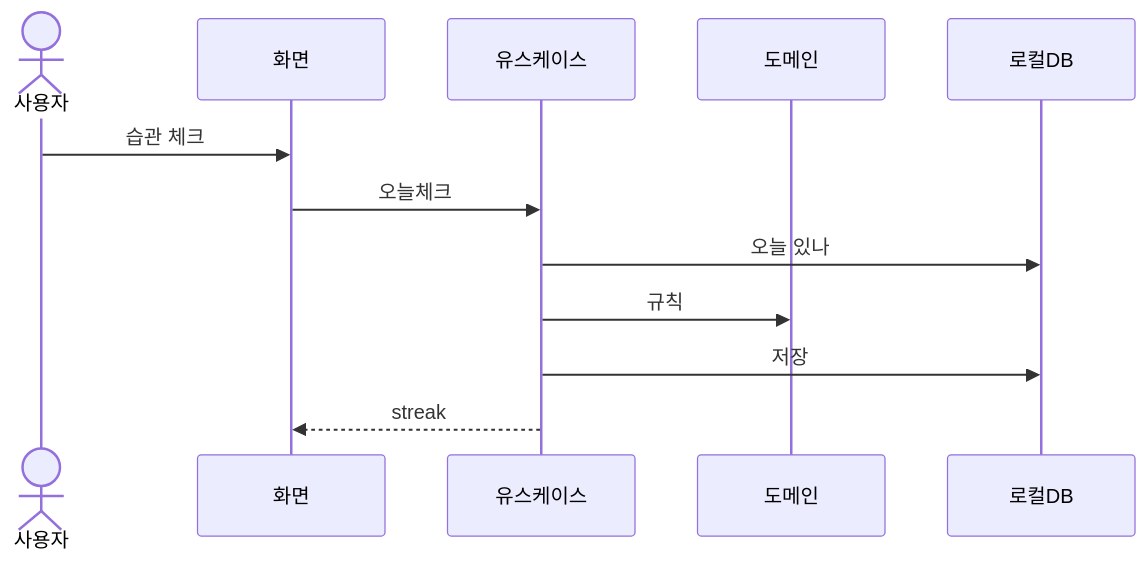
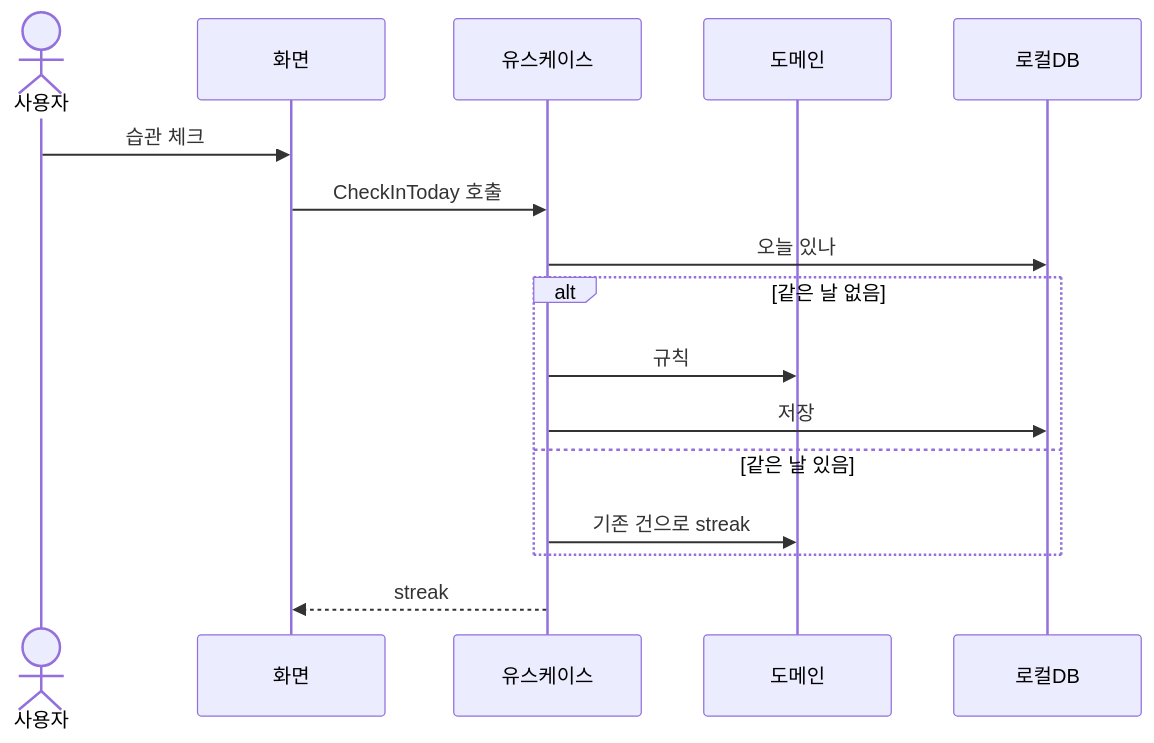
One commit to jeseokmun/dev-docs-rules changed the second of 2 diagrams in demo-docs/DEV-30-구조명세서.md. Above: the diagram before and after it, drawn with Mermaid. The commit also changed other lines of this file and 129 other files, not shown here.

````diff
--- a/demo-docs/DEV-30-구조명세서.md
+++ b/demo-docs/DEV-30-구조명세서.md
@@ -57,14 +65,18 @@
 ```mermaid
 sequenceDiagram
   actor 사용자
   participant 화면
   participant 유스케이스
   participant 도메인
   participant 로컬DB
   사용자->>화면: 습관 체크
-  화면->>유스케이스: 오늘체크
+  화면->>유스케이스: CheckInToday 호출
   유스케이스->>로컬DB: 오늘 있나
-  유스케이스->>도메인: 규칙
-  유스케이스->>로컬DB: 저장
+  alt 같은 날 없음
+    유스케이스->>도메인: 규칙
+    유스케이스->>로컬DB: 저장
+  else 같은 날 있음
+    유스케이스->>도메인: 기존 건으로 streak
+  end
   유스케이스-->>화면: streak
 ```
````
